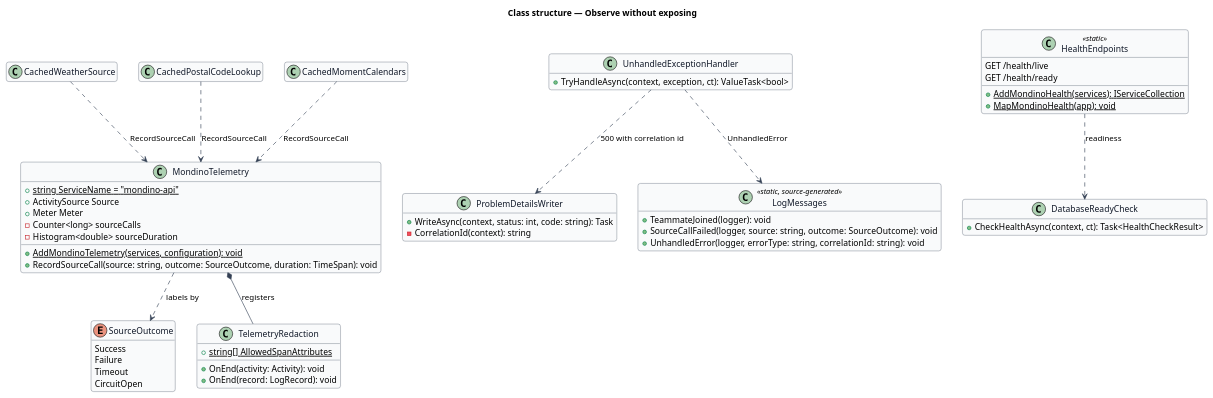
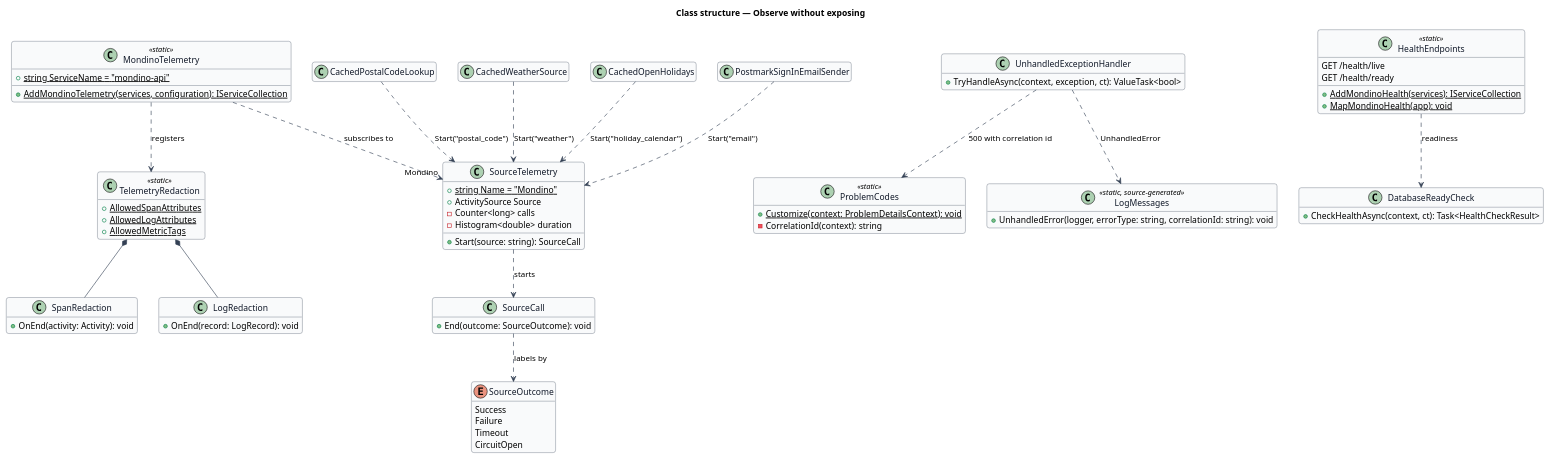
The diagram in docs/detailed-designs/platform/observe-without-exposing/diagrams/class-structure.puml (QuinntyneBrown/Mondino), drawn with PlantUML before and after one commit. The commit also changed 10 other files, not shown here.

First line of the commit message:
Decide how telemetry carries no teammate, and bring the design in line

```diff
--- a/docs/detailed-designs/platform/observe-without-exposing/diagrams/class-structure.puml
+++ b/docs/detailed-designs/platform/observe-without-exposing/diagrams/class-structure.puml
@@ -1,79 +1,99 @@
 @startuml
 skinparam backgroundColor #FFFFFF
 skinparam shadowing false
 skinparam roundcorner 8
 skinparam defaultFontName Arial
 skinparam ArrowColor #344054
 skinparam class {
   BorderColor #344054
   FontColor #101828
   BackgroundColor #F9FAFB
 }
 hide empty members
 title Class structure — Observe without exposing
 
-class MondinoTelemetry {
+class MondinoTelemetry <<static>> {
   +{static} string ServiceName = "mondino-api"
+  +{static} AddMondinoTelemetry(services, configuration): IServiceCollection
+}
+
+class SourceTelemetry {
+  +{static} string Name = "Mondino"
   +ActivitySource Source
-  +Meter Meter
-  -Counter<long> sourceCalls
-  -Histogram<double> sourceDuration
-  +{static} AddMondinoTelemetry(services, configuration): void
-  +RecordSourceCall(source: string, outcome: SourceOutcome, duration: TimeSpan): void
+  -Counter<long> calls
+  -Histogram<double> duration
+  +Start(source: string): SourceCall
+}
+
+class SourceCall {
+  +End(outcome: SourceOutcome): void
 }
 
 enum SourceOutcome {
   Success
   Failure
   Timeout
   CircuitOpen
 }
 
-class TelemetryRedaction {
-  +{static} string[] AllowedSpanAttributes
+class TelemetryRedaction <<static>> {
+  +{static} AllowedSpanAttributes
+  +{static} AllowedLogAttributes
+  +{static} AllowedMetricTags
+}
+
+class SpanRedaction {
   +OnEnd(activity: Activity): void
+}
+
+class LogRedaction {
   +OnEnd(record: LogRecord): void
 }
 
 class UnhandledExceptionHandler {
   +TryHandleAsync(context, exception, ct): ValueTask<bool>
 }
 
-class ProblemDetailsWriter {
-  +WriteAsync(context, status: int, code: string): Task
+class ProblemCodes <<static>> {
+  +{static} Customize(context: ProblemDetailsContext): void
   -CorrelationId(context): string
 }
 
 class LogMessages <<static, source-generated>> {
-  +TeammateJoined(logger): void
-  +SourceCallFailed(logger, source: string, outcome: SourceOutcome): void
   +UnhandledError(logger, errorType: string, correlationId: string): void
 }
 
 class HealthEndpoints <<static>> {
   +{static} AddMondinoHealth(services): IServiceCollection
   +{static} MapMondinoHealth(app): void
   GET /health/live
   GET /health/ready
 }
 
 class DatabaseReadyCheck {
   +CheckHealthAsync(context, ct): Task<HealthCheckResult>
 }
 
+class CachedPostalCodeLookup {
+}
 class CachedWeatherSource {
 }
-class CachedPostalCodeLookup {
+class CachedOpenHolidays {
 }
-class CachedMomentCalendars {
+class PostmarkSignInEmailSender {
 }
 
-MondinoTelemetry ..> SourceOutcome : labels by
-MondinoTelemetry *-- TelemetryRedaction : registers
-CachedWeatherSource ..> MondinoTelemetry : RecordSourceCall
-CachedPostalCodeLookup ..> MondinoTelemetry : RecordSourceCall
-CachedMomentCalendars ..> MondinoTelemetry : RecordSourceCall
+SourceTelemetry ..> SourceCall : starts
+SourceCall ..> SourceOutcome : labels by
+MondinoTelemetry ..> SourceTelemetry : subscribes to "Mondino"
+MondinoTelemetry ..> TelemetryRedaction : registers
+TelemetryRedaction *-- SpanRedaction
+TelemetryRedaction *-- LogRedaction
+CachedPostalCodeLookup ..> SourceTelemetry : Start("postal_code")
+CachedWeatherSource ..> SourceTelemetry : Start("weather")
+CachedOpenHolidays ..> SourceTelemetry : Start("holiday_calendar")
+PostmarkSignInEmailSender ..> SourceTelemetry : Start("email")
 UnhandledExceptionHandler ..> LogMessages : UnhandledError
-UnhandledExceptionHandler ..> ProblemDetailsWriter : 500 with correlation id
+UnhandledExceptionHandler ..> ProblemCodes : 500 with correlation id
 HealthEndpoints ..> DatabaseReadyCheck : readiness
 @enduml
```
